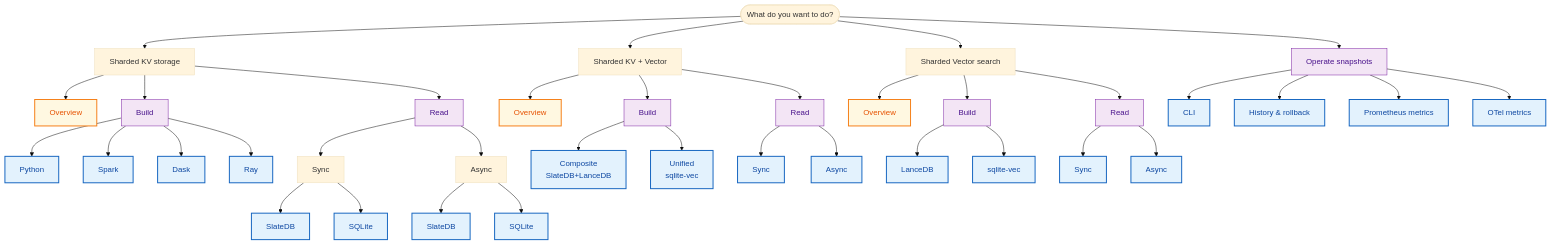
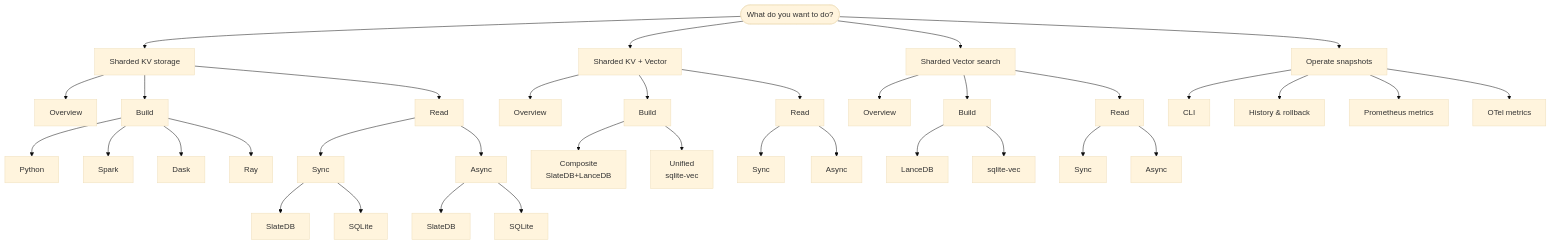
One commit to elkin/shardyfusion changed the diagram in docs/index.md. Above: the diagram before and after it, drawn with Mermaid (base theme). The commit also changed 3 other files, not shown here.

Commit message:
docs: add dark mode, teal/amber theme, layers logo, and fix mermaid diagram readability

```diff
--- a/docs/index.md
+++ b/docs/index.md
@@ -61,14 +61,6 @@
   OP --> OP_PROM[Prometheus metrics]
   OP --> OP_OTEL[OTel metrics]
 
-  classDef leaf fill:#e3f2fd,stroke:#1565c0,stroke-width:2,color:#0d47a1;
-  classDef overview fill:#fff8e1,stroke:#f57f17,stroke-width:2,color:#e65100;
-  classDef branch fill:#f3e5f5,stroke:#7b1fa2,stroke-width:1,color:#4a148c;
-
-  class KV_PY,KV_SP,KV_DK,KV_RY,KV_RD_SY_SL,KV_RD_SY_SQ,KV_RD_AS_SL,KV_RD_AS_SQ,KVV_CO,KVV_UN,KVV_RD_SY,KVV_RD_AS,VEC_LN,VEC_SV,VEC_RD_SY,VEC_RD_AS,OP_CLI,OP_HIST,OP_PROM,OP_OTEL leaf;
-  class KV_OV,KVV_OV,VEC_OV overview;
-  class KV_BUILD,KV_READ,KVV_BUILD,KVV_READ,VEC_BUILD,VEC_READ,OP branch;
-
   click KV_OV href "use-cases/kv-storage/overview/"
   click KV_PY href "use-cases/kv-storage/build/python/"
   click KV_SP href "use-cases/kv-storage/build/spark/"
```
